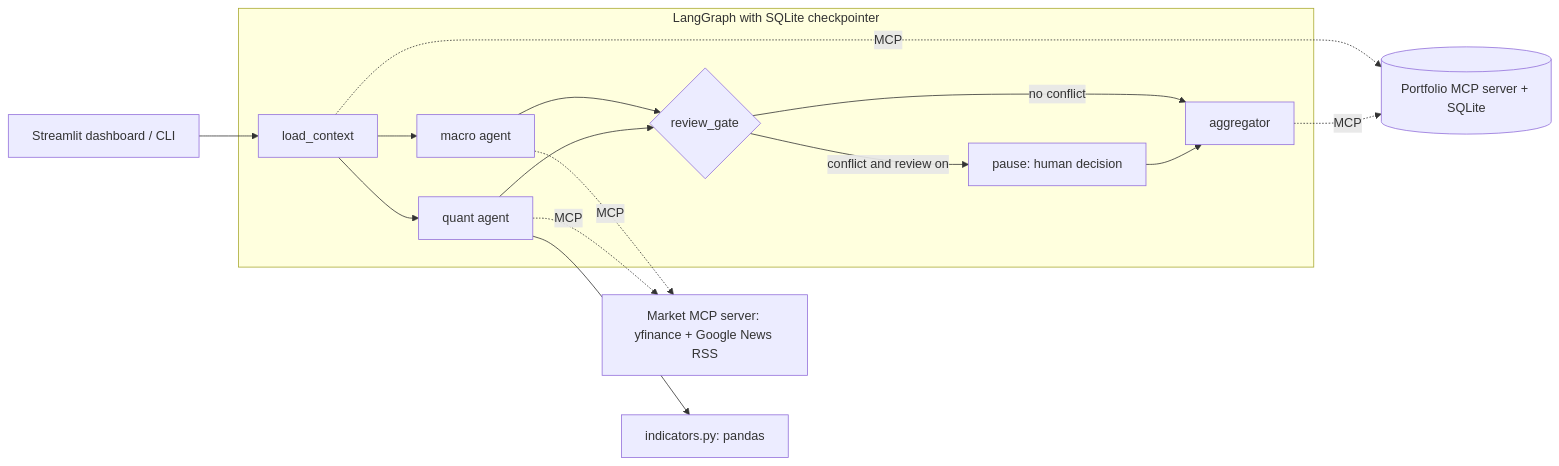
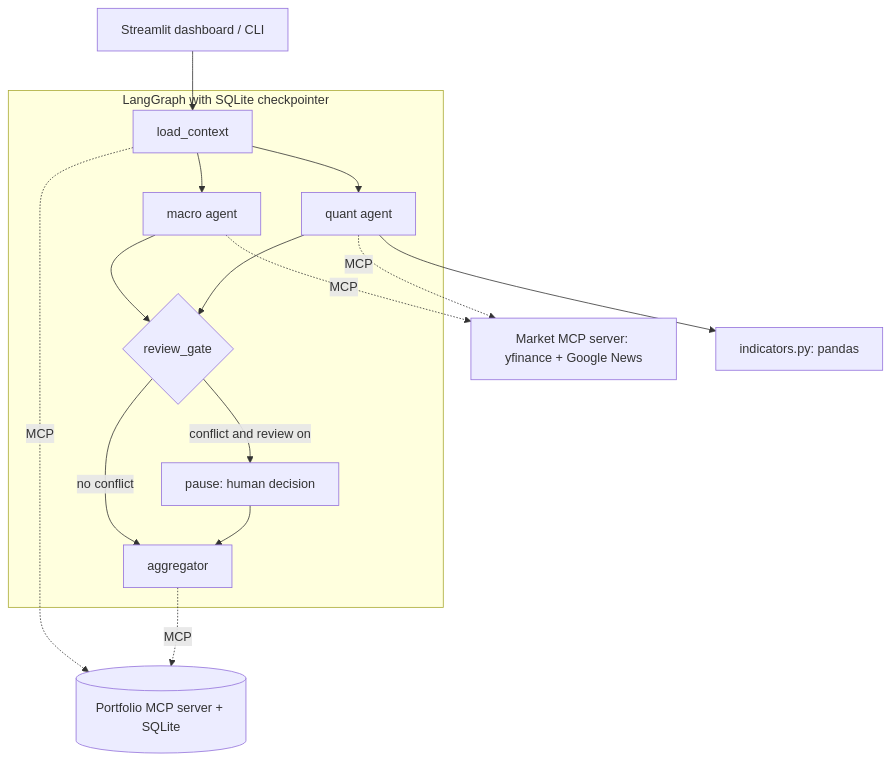
One commit to vindhiyabv11/Multi-Agent-Portfolio-Analyst-with-MCP changed the diagram in README.md. Above: the diagram before and after it, drawn with Mermaid.

Commit message:
Make architecture diagram vertical

````diff
--- a/README.md
+++ b/README.md
@@ -44,18 +44,20 @@
 ```mermaid
-flowchart LR
+flowchart TD
     UI[Streamlit dashboard / CLI] --> LC
+
     subgraph Graph[LangGraph with SQLite checkpointer]
         LC[load_context] --> MA[macro agent]
         LC --> QA[quant agent]
         MA --> RG{review_gate}
         QA --> RG
         RG -->|no conflict| AG[aggregator]
         RG -->|conflict and review on| HU[pause: human decision]
         HU --> AG
     end
+
     LC -. MCP .-> PS[(Portfolio MCP server + SQLite)]
-    MA -. MCP .-> MS[Market MCP server: yfinance + Google News RSS]
+    AG -. MCP .-> PS
+    MA -. MCP .-> MS[Market MCP server: yfinance + Google News]
     QA -. MCP .-> MS
     QA --> IN[indicators.py: pandas]
-    AG -. MCP .-> PS
 ```
````
